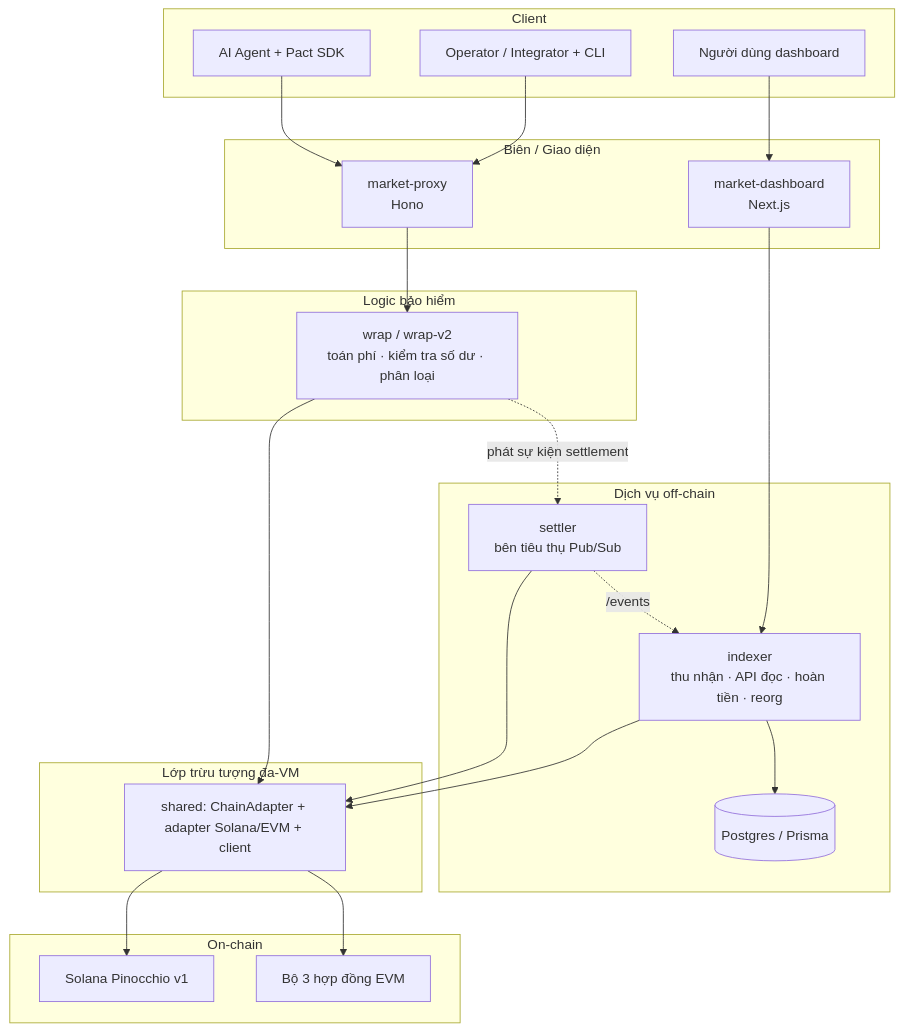
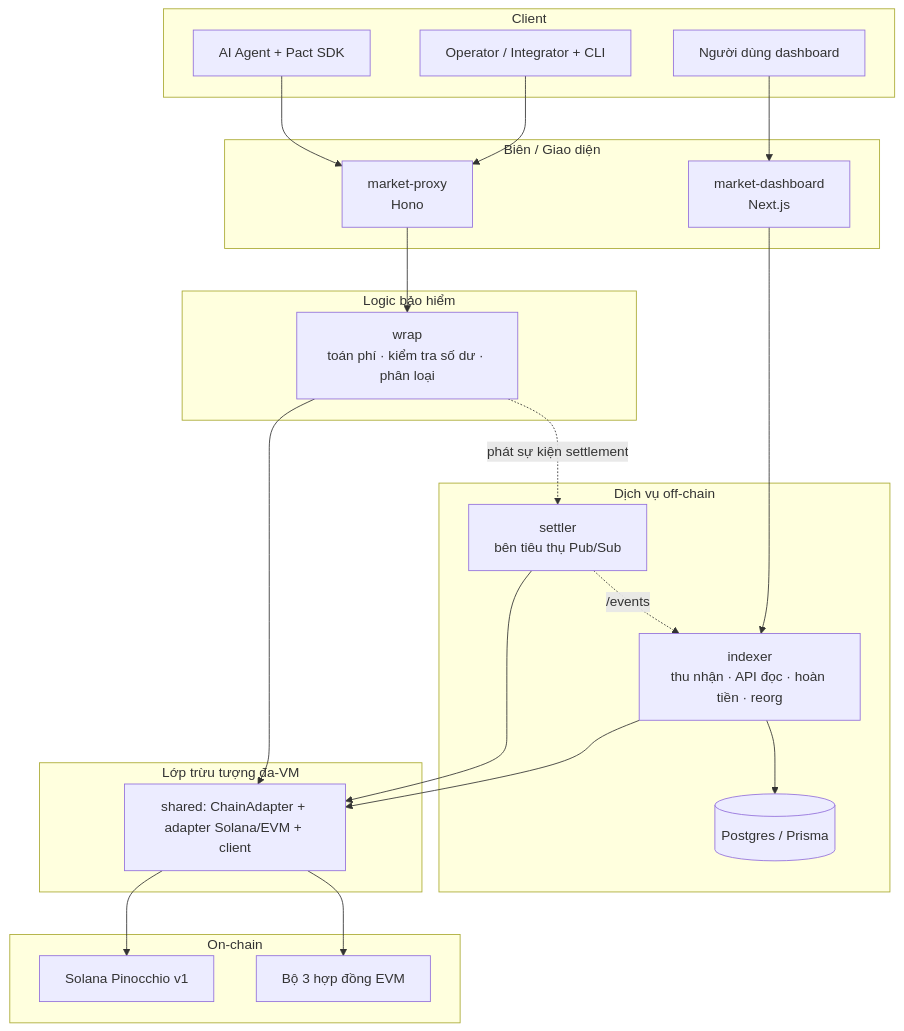
The fourth of 7 diagrams in docs/architecture/ARCHITECTURE.vi.md (pactnetwork/pact-monitor), drawn with Mermaid before and after one commit. The commit also changed other lines of this file and 6 other files, not shown here.

First line of the commit message:
docs(architecture): sync package breakdown + V2-removal, add per-package breakdown

````diff
--- a/docs/architecture/ARCHITECTURE.vi.md
+++ b/docs/architecture/ARCHITECTURE.vi.md
@@ -188,36 +177,36 @@
 ```mermaid
 graph TD
     subgraph L5["Client"]
         A[AI Agent + Pact SDK]
         OP[Operator / Integrator + CLI]
         DASH[Người dùng dashboard]
     end
     subgraph L4["Biên / Giao diện"]
         PROXY[market-proxy<br/>Hono]
         DASHBE[market-dashboard<br/>Next.js]
     end
     subgraph L3["Logic bảo hiểm"]
-        WRAP2[wrap / wrap-v2<br/>toán phí · kiểm tra số dư · phân loại]
+        WRAP2[wrap<br/>toán phí · kiểm tra số dư · phân loại]
     end
     subgraph L2["Dịch vụ off-chain"]
         SETTLER[settler<br/>bên tiêu thụ Pub/Sub]
         INDEXER[indexer<br/>thu nhận · API đọc · hoàn tiền · reorg]
         PG[(Postgres / Prisma)]
     end
     subgraph L1["Lớp trừu tượng đa-VM"]
         ADAPT[shared: ChainAdapter + adapter Solana/EVM + client]
     end
     subgraph L0["On-chain"]
         SOLANA[Solana Pinocchio v1]
         EVMC[Bộ 3 hợp đồng EVM]
     end
     A --> PROXY --> WRAP2 --> ADAPT
     OP --> PROXY
     DASH --> DASHBE --> INDEXER
     WRAP2 -. phát sự kiện settlement .-> SETTLER
     SETTLER --> ADAPT
     INDEXER --> ADAPT
     ADAPT --> SOLANA & EVMC
     INDEXER --> PG
     SETTLER -. /events .-> INDEXER
 ```
````
